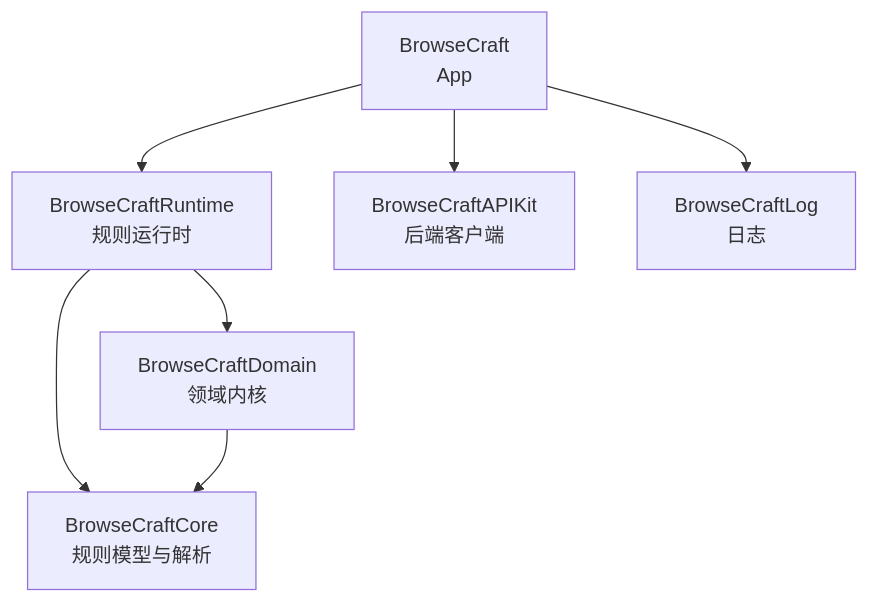
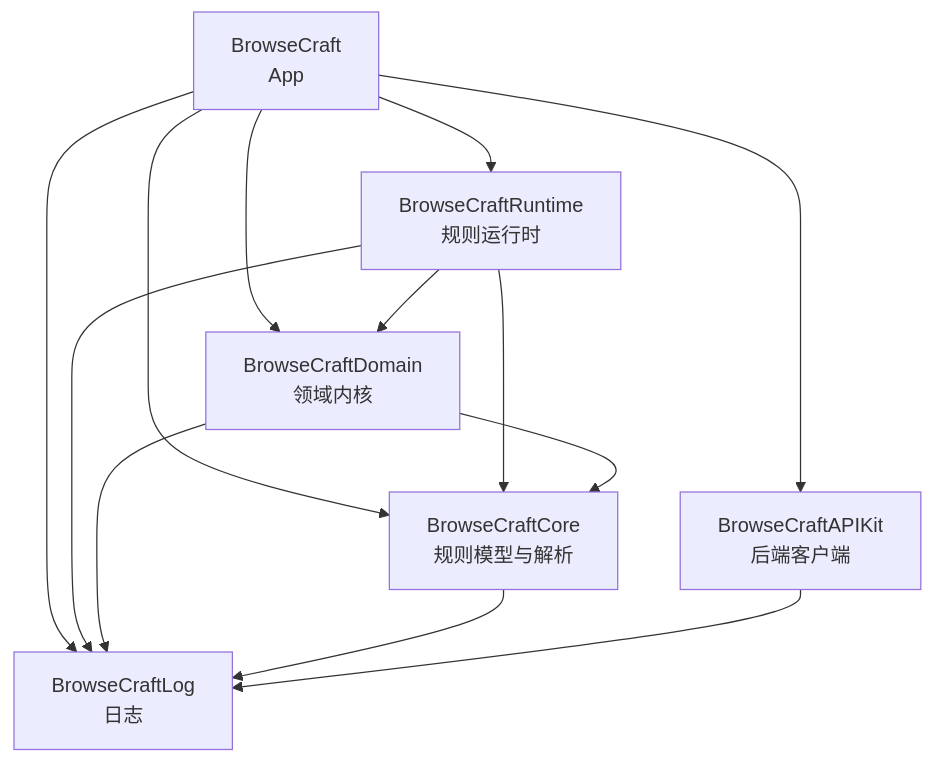
The first of 2 diagrams in README.md (x65396731/BrowseCraft), drawn with Mermaid before and after one commit. The commit also changed other lines of this file and 28 other files, not shown here.

````diff
--- a/README.md
+++ b/README.md
@@ -9,16 +9,22 @@
 ```mermaid
 flowchart TD
     App["BrowseCraft<br/>App"]
     Runtime["BrowseCraftRuntime<br/>规则运行时"]
     Core["BrowseCraftCore<br/>规则模型与解析"]
     Domain["BrowseCraftDomain<br/>领域内核"]
     APIKit["BrowseCraftAPIKit<br/>后端客户端"]
     Log["BrowseCraftLog<br/>日志"]
 
     App --> Runtime
+    App --> Core
+    App --> Domain
     App --> APIKit
+    App --> Log
     Runtime --> Core
     Runtime --> Domain
+    Runtime --> Log
     Domain --> Core
-    App --> Log
+    Domain --> Log
+    Core --> Log
+    APIKit --> Log
 ```
````
